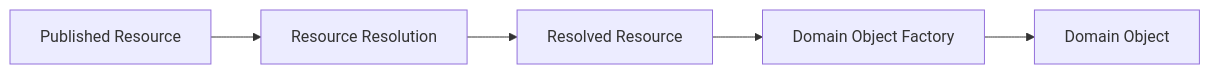
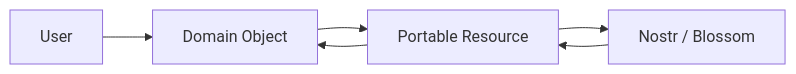
One commit to kjvonly/kjvonly.bible changed the fourth of 4 diagrams in docs/PROJECT_CONTEXT.md. Above: the diagram before and after it, drawn with Mermaid. The commit also changed other lines of this file, not shown here.

````diff
--- a/docs/PROJECT_CONTEXT.md
+++ b/docs/PROJECT_CONTEXT.md
@@ -842,21 +792,21 @@
-```mermaid id="cf40qh"
+```mermaid
 flowchart LR
 
-    Published["Published Resource"]
-
-    Resolution["Resource Resolution"]
-
-    Resource["Resolved Resource"]
-
-    Factory["Domain Object Factory"]
+    User
 
     DomainObject["Domain Object"]
 
-    Published --> Resolution
+    Resource["Portable Resource"]
 
-    Resolution --> Resource
+    Nostr["Nostr / Blossom"]
 
-    Resource --> Factory
+    User --> DomainObject
 
-    Factory --> DomainObject
+    DomainObject --> Resource
+
+    Resource --> Nostr
+
+    Nostr --> Resource
+
+    Resource --> DomainObject
 ```
````
